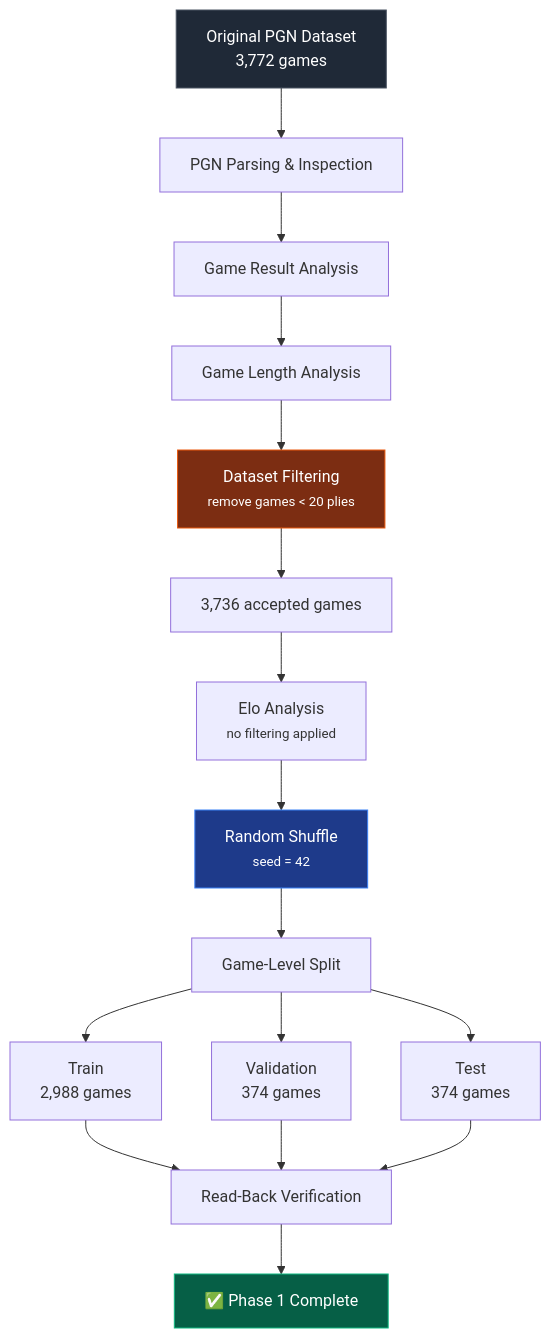
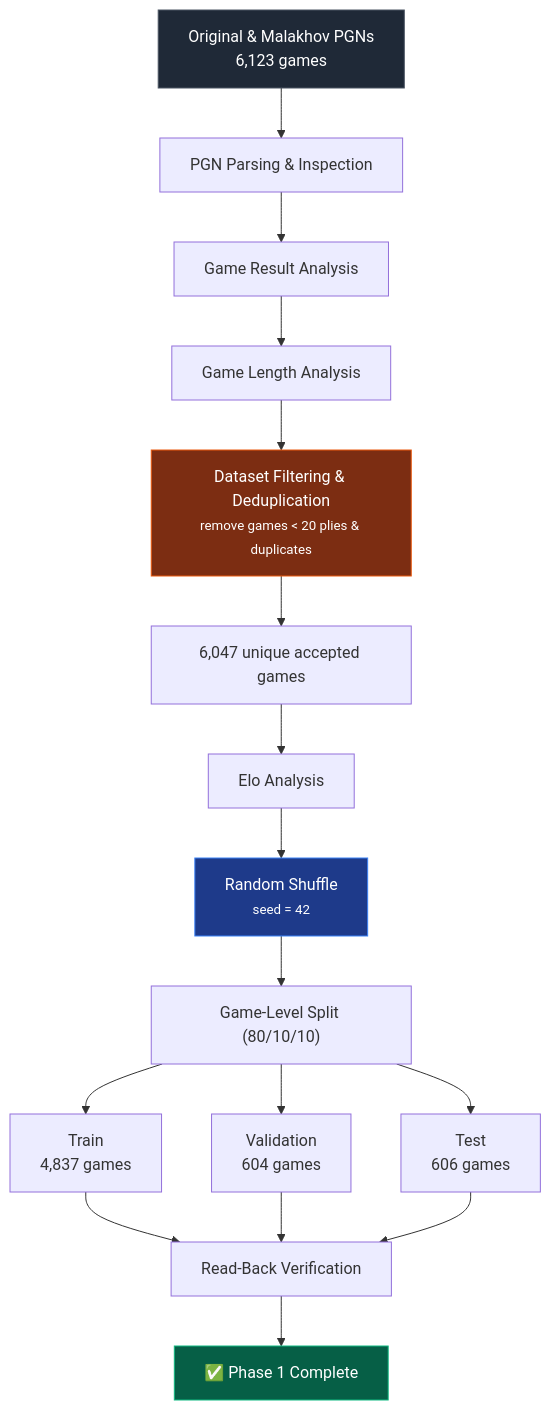
One commit to abinannd/Hikaru-ChessBoat-AI changed the diagram in reports/phase_1_report.md. Above: the diagram before and after it, drawn with Mermaid. The commit also changed other lines of this file and 32 other files, not shown here.

Commit message:
Expand supervised chess AI with merged PGN dataset and rebuild training pipeline

````diff
--- a/reports/phase_1_report.md
+++ b/reports/phase_1_report.md
@@ -51,23 +50,23 @@
 ```mermaid
 flowchart TD
-    A["Original PGN Dataset<br/>3,772 games"] --> B["PGN Parsing & Inspection"]
+    A["Original & Malakhov PGNs<br/>6,123 games"] --> B["PGN Parsing & Inspection"]
     B --> C["Game Result Analysis"]
     C --> D["Game Length Analysis"]
-    D --> E["Dataset Filtering<br/><small>remove games &lt; 20 plies</small>"]
-    E --> F["3,736 accepted games"]
-    F --> G["Elo Analysis<br/><small>no filtering applied</small>"]
+    D --> E["Dataset Filtering & Deduplication<br/><small>remove games &lt; 20 plies & duplicates</small>"]
+    E --> F["6,047 unique accepted games"]
+    F --> G["Elo Analysis"]
     G --> H["Random Shuffle<br/><small>seed = 42</small>"]
-    H --> I["Game-Level Split"]
-    I --> J["Train<br/>2,988 games"]
-    I --> K["Validation<br/>374 games"]
-    I --> L["Test<br/>374 games"]
+    H --> I["Game-Level Split (80/10/10)"]
+    I --> J["Train<br/>4,837 games"]
+    I --> K["Validation<br/>604 games"]
+    I --> L["Test<br/>606 games"]
     J --> M["Read-Back Verification"]
     K --> M
     L --> M
     M --> N["✅ Phase 1 Complete"]
 
     style A fill:#1f2937,stroke:#4b5563,color:#fff
     style N fill:#065f46,stroke:#10b981,color:#fff
     style E fill:#7c2d12,stroke:#ea580c,color:#fff
     style H fill:#1e3a8a,stroke:#3b82f6,color:#fff
 ```
````
